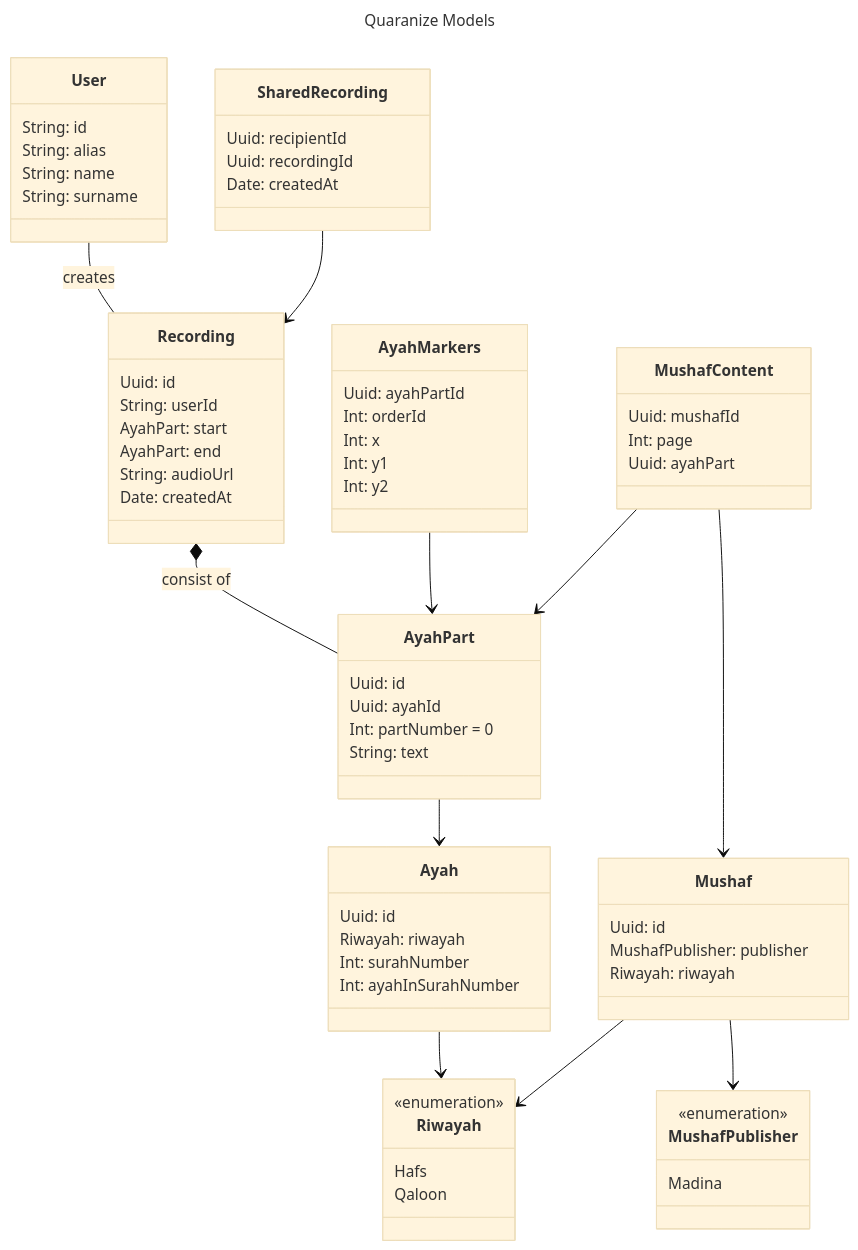
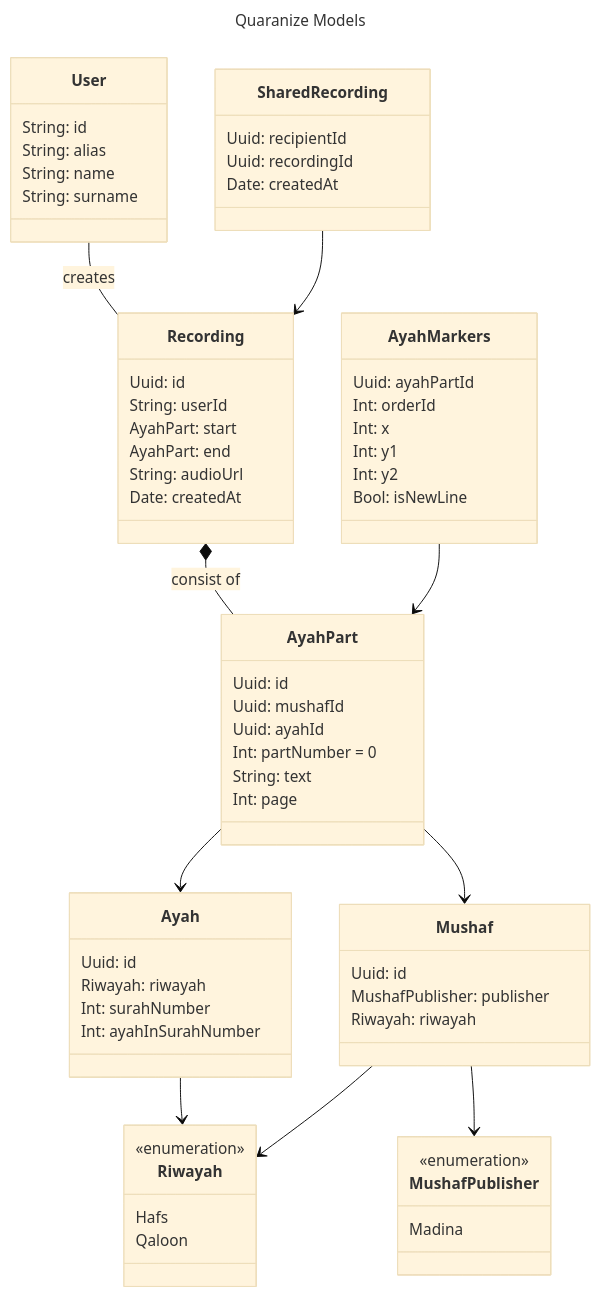
The diagram in models_mvp_v1.mmd (CrowdsourcingApps/QuaranApp_Backend), drawn with Mermaid (base theme) before and after one commit.

Commit message:
Updated after meeting

```diff
--- a/models_mvp_v1.mmd
+++ b/models_mvp_v1.mmd
@@ -1,71 +1,68 @@
 ---
 title: Quaranize Models
 ---
 classDiagram
 class Riwayah {
     <<enumeration>>
     Hafs
     Qaloon
 }
 class MushafPublisher {
     <<enumeration>>
     Madina
 }
 class AyahPart {
     Uuid: id
+    Uuid: mushafId
     Uuid: ayahId
     Int: partNumber = 0
     String: text
+    Int: page
 }
 class Ayah {
     Uuid: id
     Riwayah: riwayah
     Int: surahNumber
     Int: ayahInSurahNumber
 }
 class Mushaf {
     Uuid: id
     MushafPublisher: publisher
     Riwayah: riwayah
-}
-class MushafContent {
-    Uuid: mushafId
-    Int: page
-    Uuid: ayahPart
 }
 class User {
     String: id
     String: alias
     String: name
     String: surname
 }
 class Recording {
     Uuid: id
     String: userId
     AyahPart: start
     AyahPart: end 
     String: audioUrl
     Date: createdAt
 }
 class SharedRecording {
     Uuid: recipientId
     Uuid: recordingId
     Date: createdAt
 }
 class AyahMarkers {
     Uuid: ayahPartId
     Int: orderId
     Int: x
     Int: y1
     Int: y2
+    Bool: isNewLine
 }
 Recording *-- AyahPart: consist of
 User -- Recording: creates
 AyahPart --> Ayah
+AyahPart --> Mushaf
 Ayah --> Riwayah
 Mushaf --> Riwayah
 Mushaf --> MushafPublisher
 SharedRecording --> Recording
 AyahMarkers --> AyahPart
-MushafContent --> Mushaf
-MushafContent --> AyahPart
```
